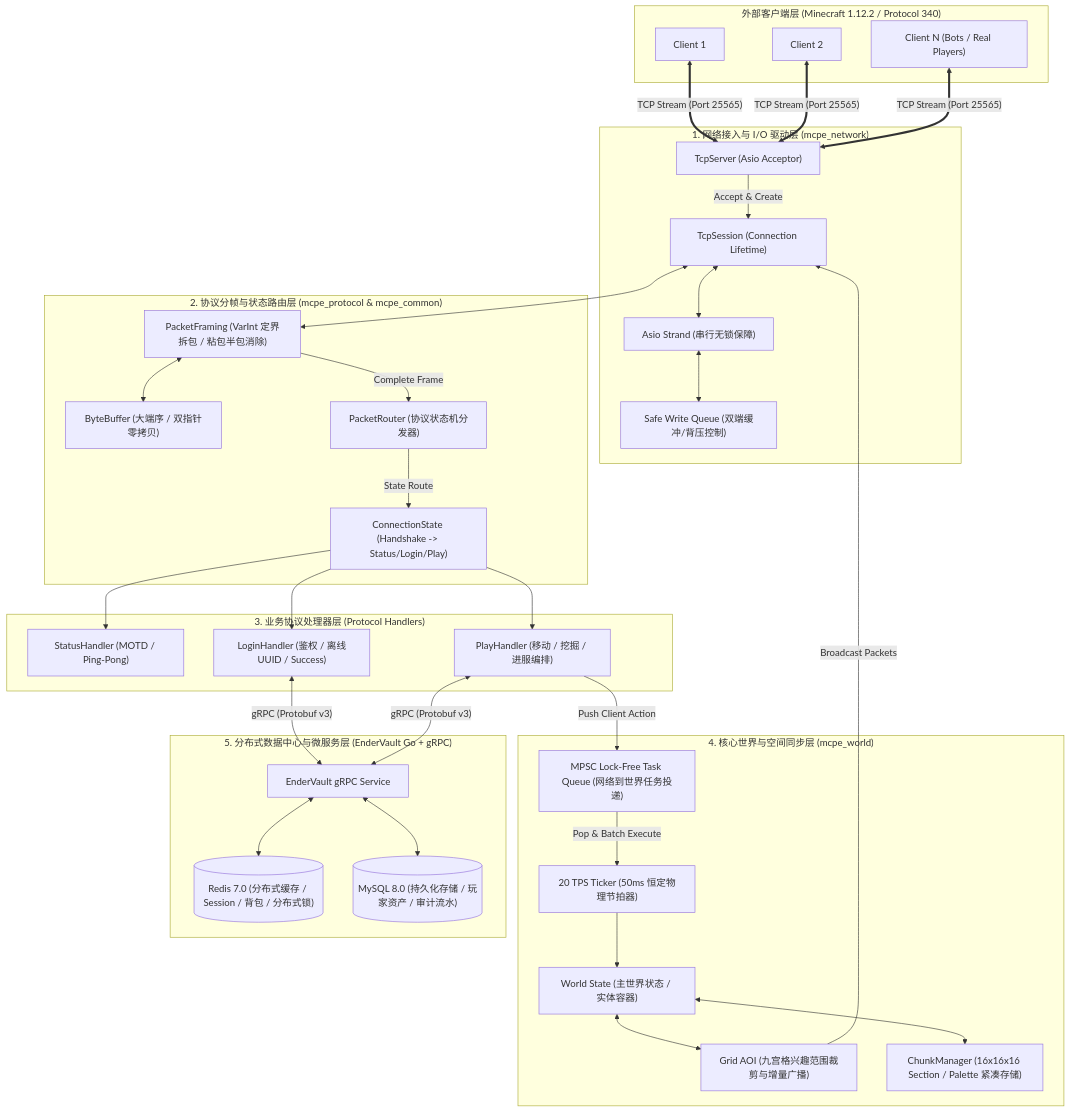
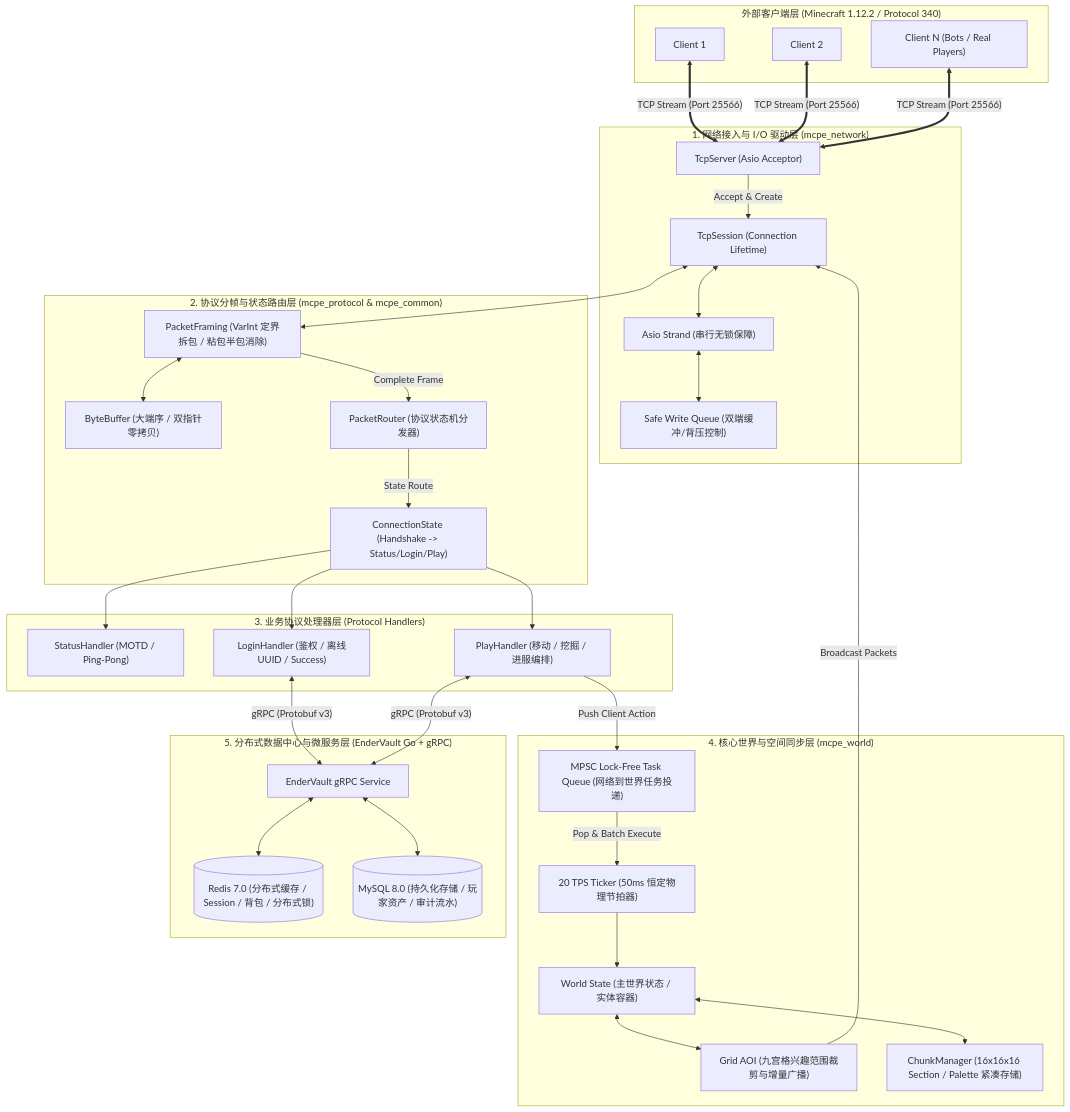
The diagram in doc/02_技术选型与系统架构设计.md (syuany/mcpe), drawn with Mermaid before and after one commit. The commit also changed 12 other files, not shown here.

````diff
--- a/doc/02_技术选型与系统架构设计.md
+++ b/doc/02_技术选型与系统架构设计.md
@@ -14,64 +14,64 @@
 ```mermaid
 flowchart TD
     subgraph ClientLayer ["外部客户端层 (Minecraft 1.12.2 / Protocol 340)"]
         C1["Client 1"]
         C2["Client 2"]
         CN["Client N (Bots / Real Players)"]
     end
 
     subgraph NetworkLayer ["1. 网络接入与 I/O 驱动层 (mcpe_network)"]
         TS["TcpServer (Asio Acceptor)"]
         SESS["TcpSession (Connection Lifetime)"]
         STRAND["Asio Strand (串行无锁保障)"]
         WQ["Safe Write Queue (双端缓冲/背压控制)"]
     end
 
     subgraph FramingLayer ["2. 协议分帧与状态路由层 (mcpe_protocol & mcpe_common)"]
         PF["PacketFraming (VarInt 定界拆包 / 粘包半包消除)"]
         BB["ByteBuffer (大端序 / 双指针零拷贝)"]
         PR["PacketRouter (协议状态机分发器)"]
         CS["ConnectionState (Handshake -> Status/Login/Play)"]
     end
 
     subgraph LogicLayer ["3. 业务协议处理器层 (Protocol Handlers)"]
         SH["StatusHandler (MOTD / Ping-Pong)"]
         LH["LoginHandler (鉴权 / 离线UUID / Success)"]
         PH["PlayHandler (移动 / 挖掘 / 进服编排)"]
     end
 
     subgraph WorldEngine ["4. 核心世界与空间同步层 (mcpe_world)"]
         MPSC["MPSC Lock-Free Task Queue (网络到世界任务投递)"]
         TICK["20 TPS Ticker (50ms 恒定物理节拍器)"]
         WLD["World State (主世界状态 / 实体容器)"]
         AOI["Grid AOI (九宫格兴趣范围裁剪与增量广播)"]
         CHUNK["ChunkManager (16x16x16 Section / Palette 紧凑存储)"]
     end
 
     subgraph DataCenter ["5. 分布式数据中心与微服务层 (EnderVault Go + gRPC)"]
         GRPC["EnderVault gRPC Service"]
         REDIS[("Redis 7.0 (分布式缓存 / Session / 背包 / 分布式锁)")]
         MYSQL[("MySQL 8.0 (持久化存储 / 玩家资产 / 审计流水)")]
     end
 
     %% 连接关系
-    C1 & C2 & CN <==>|"TCP Stream (Port 25565)"| TS
+    C1 & C2 & CN <==>|"TCP Stream (Port 25566)"| TS
     TS -->|"Accept & Create"| SESS
     SESS <--> STRAND
     STRAND <--> WQ
     SESS <--> PF
     PF <--> BB
     PF -->|"Complete Frame"| PR
     PR -->|"State Route"| CS
     CS --> SH & LH & PH
 
     PH -->|"Push Client Action"| MPSC
     MPSC -->|"Pop & Batch Execute"| TICK
     TICK --> WLD
     WLD <--> AOI
     WLD <--> CHUNK
     AOI -->|"Broadcast Packets"| SESS
 
     LH & PH <-->|"gRPC (Protobuf v3)"| GRPC
     GRPC <--> REDIS
     GRPC <--> MYSQL
 ```
````
